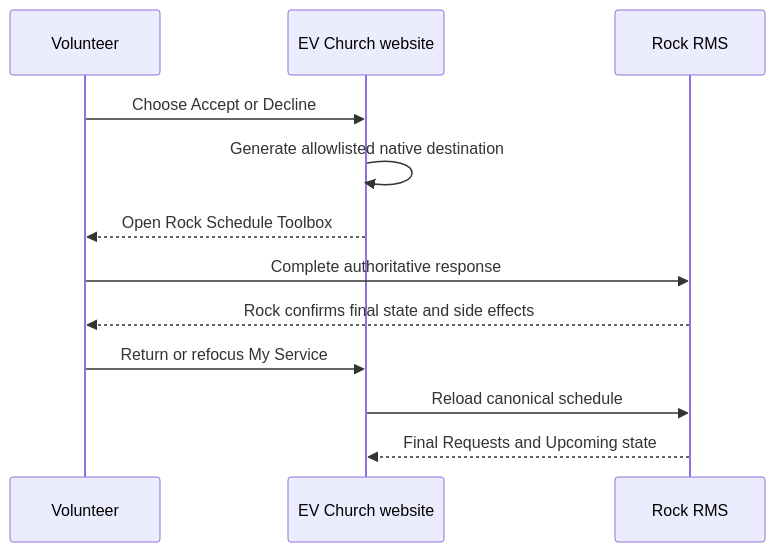
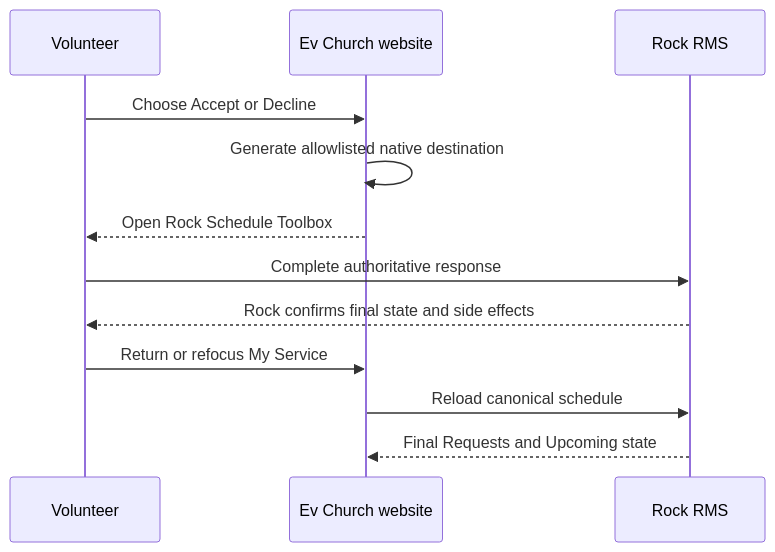
One commit to EvChurch/website changed the second of 3 diagrams in docs/plans/2026-08-15-1845-feat-member-volunteer-service-plan.md. Above: the diagram before and after it, drawn with Mermaid. The commit also changed other lines of this file and 25 other files, not shown here.

````diff
--- a/docs/plans/2026-08-15-1845-feat-member-volunteer-service-plan.md
+++ b/docs/plans/2026-08-15-1845-feat-member-volunteer-service-plan.md
@@ -172,14 +172,14 @@
 ```mermaid
 sequenceDiagram
   participant V as Volunteer
-  participant W as EV Church website
+  participant W as Ev Church website
   participant R as Rock RMS
   V->>W: Choose Accept or Decline
   W->>W: Generate allowlisted native destination
   W-->>V: Open Rock Schedule Toolbox
   V->>R: Complete authoritative response
   R-->>V: Rock confirms final state and side effects
   V->>W: Return or refocus My Service
   W->>R: Reload canonical schedule
   R-->>W: Final Requests and Upcoming state
 ```
````
